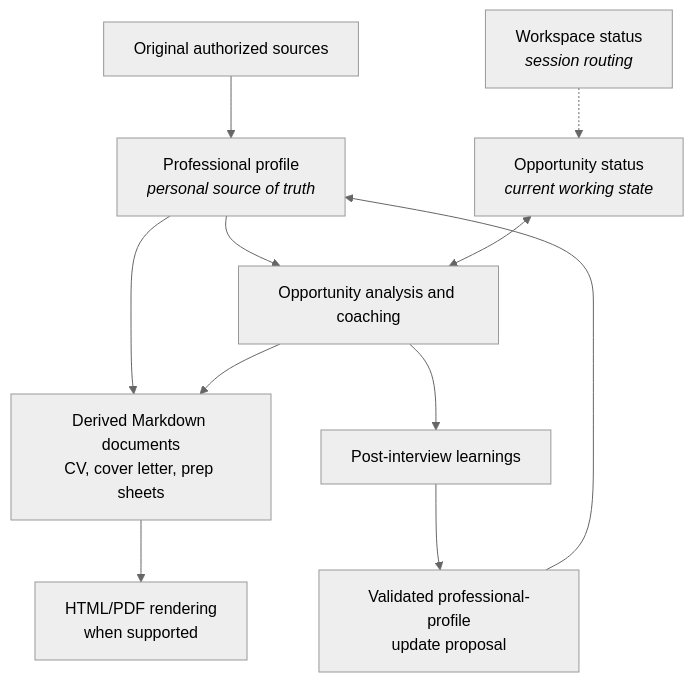
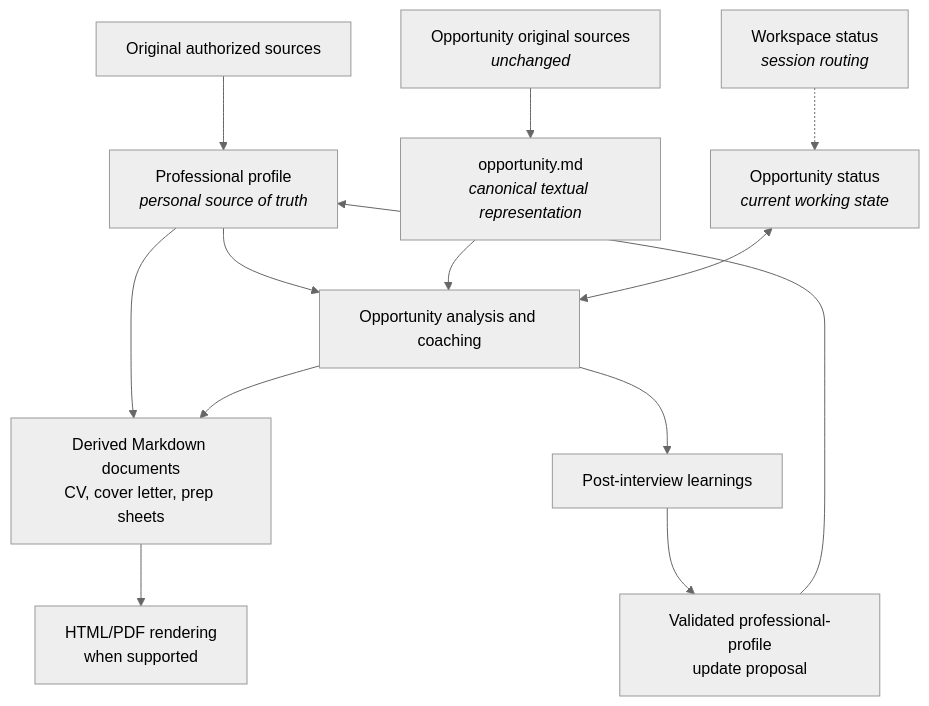
Before and after one commit to JeromeJ77/career-ai-toolkit: the first of 2 diagrams in docs/document-lifecycle.md, drawn with Mermaid (neutral theme). The commit also changed other lines of this file and 21 other files, not shown here.

````diff
--- a/docs/document-lifecycle.md
+++ b/docs/document-lifecycle.md
@@ -3,23 +3,27 @@
 ```mermaid
 flowchart TD
     sources["Original authorized sources"]
     profile["Professional profile<br/><i>personal source of truth</i>"]
+    opportunityOriginals["Opportunity original sources<br/><i>unchanged</i>"]
+    opportunitySource["opportunity.md<br/><i>canonical textual representation</i>"]
     workspaceStatus["Workspace status<br/><i>session routing</i>"]
     opportunityStatus["Opportunity status<br/><i>current working state</i>"]
     opportunity["Opportunity analysis and coaching"]
     derived["Derived Markdown documents<br/>CV, cover letter, prep sheets"]
     render["HTML/PDF rendering<br/>when supported"]
     learnings["Post-interview learnings"]
     proposal["Validated professional-profile<br/>update proposal"]
 
     sources --> profile
+    opportunityOriginals --> opportunitySource
     workspaceStatus -.-> opportunityStatus
     profile --> opportunity
+    opportunitySource --> opportunity
     opportunityStatus <--> opportunity
     profile --> derived
     opportunity --> derived
     derived --> render
     opportunity --> learnings
     learnings --> proposal
     proposal --> profile
 ```
````
